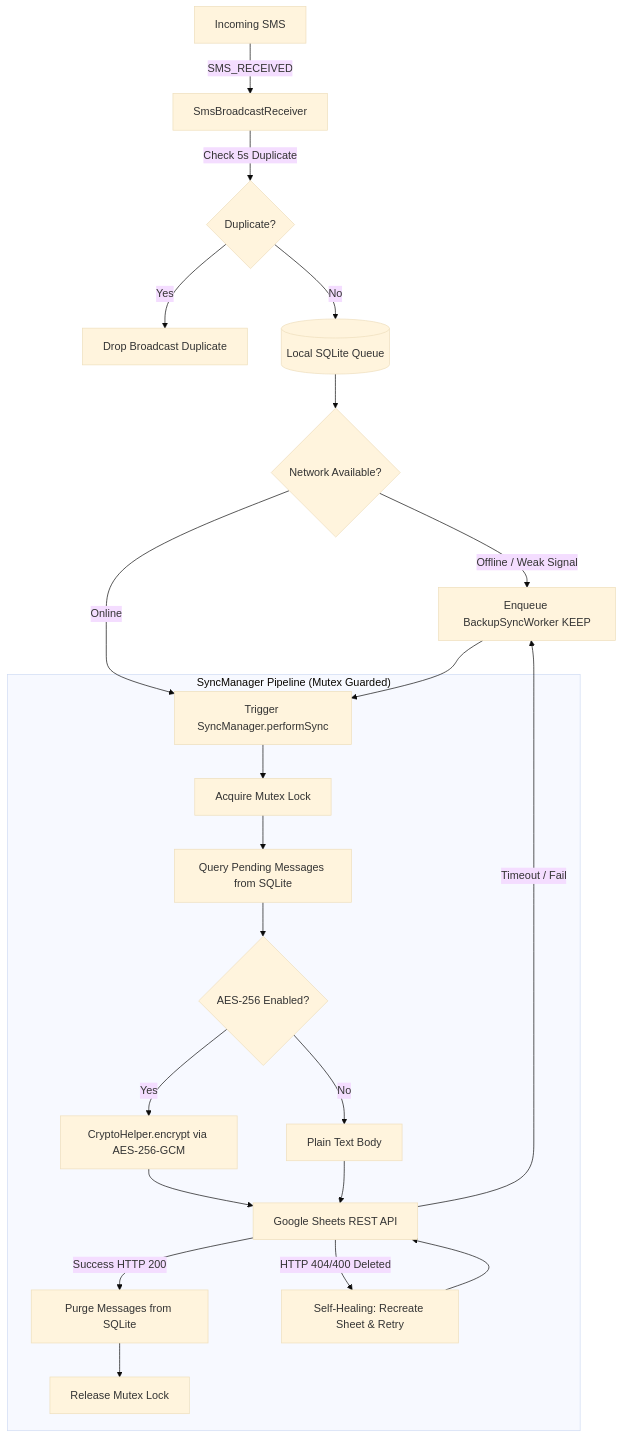
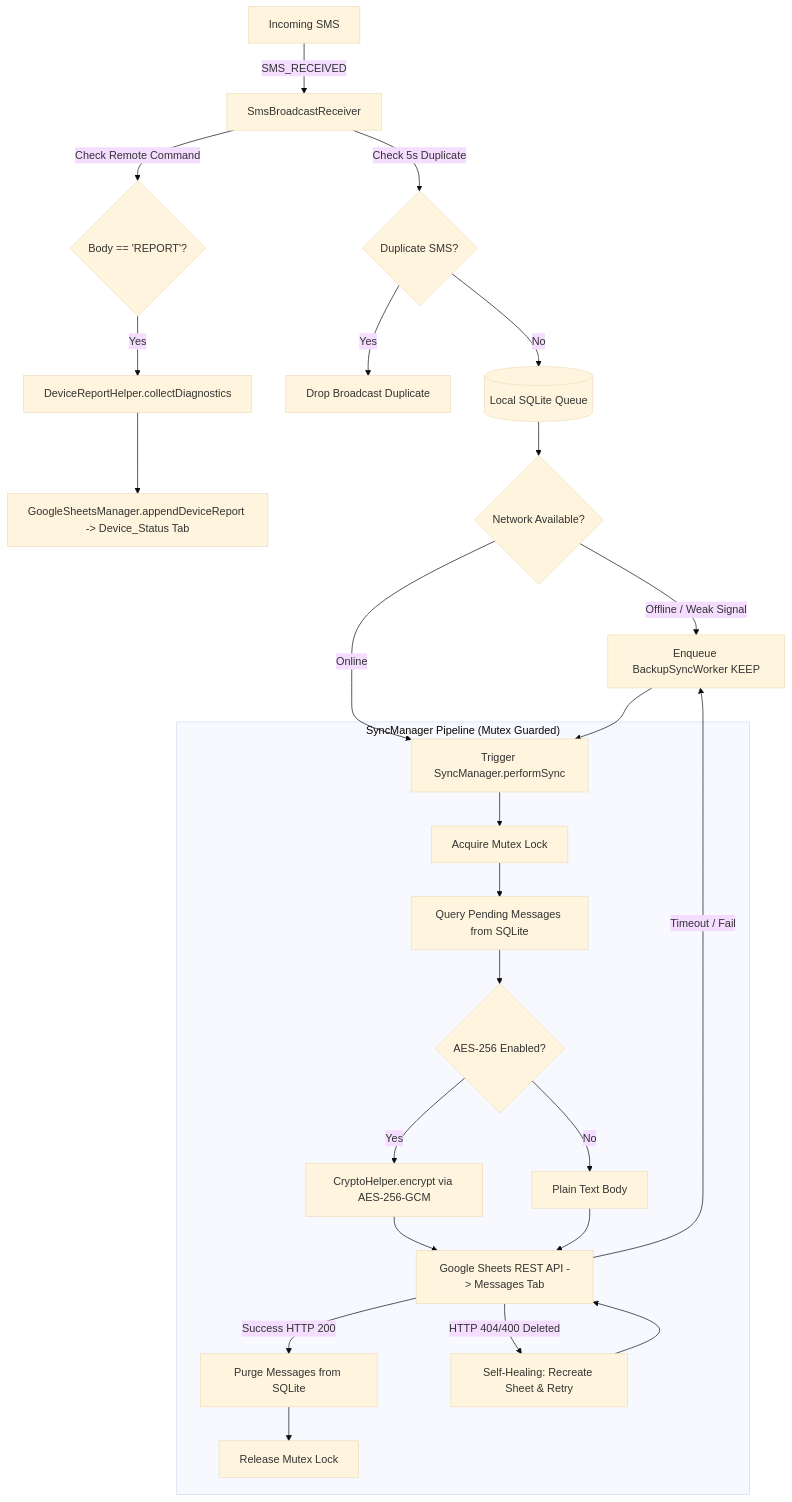
The diagram in AGENTS.md (shivam1162/SMS_Forwarder), drawn with Mermaid (base theme) before and after one commit. The commit also changed other lines of this file and 6 other files, not shown here.

Commit message:
Implement remote REPORT diagnostic utility in Repair component and Google Sheets

````diff
--- a/AGENTS.md
+++ b/AGENTS.md
@@ -28,29 +31,33 @@
 ```mermaid
 flowchart TD
     SMS[Incoming SMS] -->|SMS_RECEIVED| BR[SmsBroadcastReceiver]
-    BR -->|Check 5s Duplicate| DupCheck{Duplicate?}
+    BR -->|Check Remote Command| RepCheck{Body == 'REPORT'?}
+    RepCheck -->|Yes| Diag[DeviceReportHelper.collectDiagnostics]
+    Diag --> RepUpload[GoogleSheetsManager.appendDeviceReport -> Device_Status Tab]
+    
+    BR -->|Check 5s Duplicate| DupCheck{Duplicate SMS?}
     DupCheck -->|Yes| Drop[Drop Broadcast Duplicate]
     DupCheck -->|No| DB[(Local SQLite Queue)]
     
     DB --> NetCheck{Network Available?}
     NetCheck -->|Offline / Weak Signal| WM[Enqueue BackupSyncWorker KEEP]
     NetCheck -->|Online| SyncReq[Trigger SyncManager.performSync]
     
     WM --> SyncReq
     
     subgraph Pipeline ["SyncManager Pipeline (Mutex Guarded)"]
         SyncReq --> Mutex[Acquire Mutex Lock]
         Mutex --> FetchPending[Query Pending Messages from SQLite]
         FetchPending --> EncCheck{AES-256 Enabled?}
         EncCheck -->|Yes| Crypto[CryptoHelper.encrypt via AES-256-GCM]
         EncCheck -->|No| Plain[Plain Text Body]
-        Crypto --> Sheets[Google Sheets REST API]
+        Crypto --> Sheets[Google Sheets REST API -> Messages Tab]
         Plain --> Sheets
         Sheets -->|Success HTTP 200| Purge[Purge Messages from SQLite]
         Sheets -->|HTTP 404/400 Deleted| SelfHeal[Self-Healing: Recreate Sheet & Retry]
         SelfHeal --> Sheets
         Purge --> Release[Release Mutex Lock]
     end
     
     Sheets -->|Timeout / Fail| WM
 ```
````
